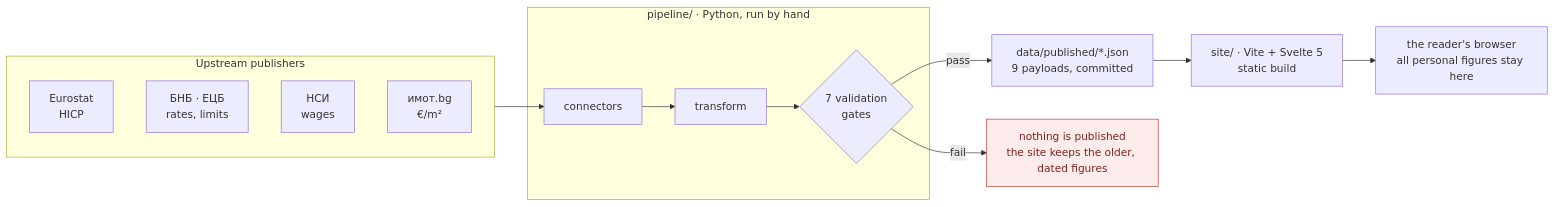
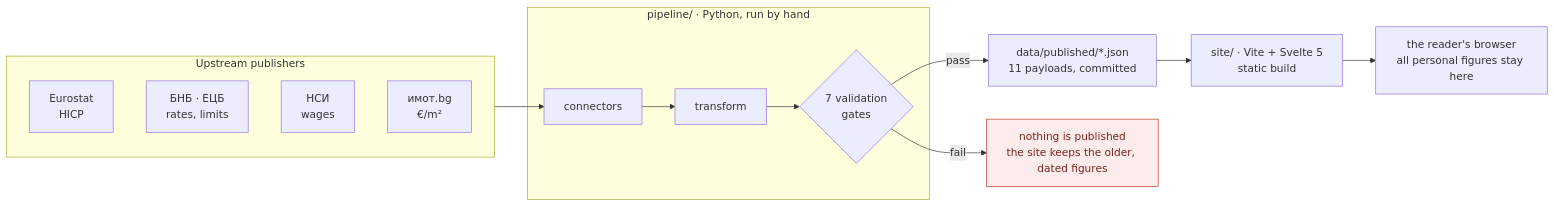
The diagram in README.md (vyarno-bg/vyarno), drawn with Mermaid before and after one commit. The commit also changed other lines of this file and 55 other files, not shown here.

````diff
--- a/README.md
+++ b/README.md
@@ -120,25 +128,25 @@
 ```mermaid
 flowchart LR
   subgraph up["Upstream publishers"]
     E["Eurostat<br/>HICP"]
     B["БНБ · ЕЦБ<br/>rates, limits"]
     N["НСИ<br/>wages"]
     I["имот.bg<br/>€/m²"]
   end
 
   subgraph pipe["pipeline/ · Python, run by hand"]
     C["connectors"] --> T["transform"] --> G{"7 validation<br/>gates"}
   end
 
-  J["data/published/*.json<br/>9 payloads, committed"]
+  J["data/published/*.json<br/>11 payloads, committed"]
   S["site/ · Vite + Svelte 5<br/>static build"]
   U["the reader's browser<br/>all personal figures stay here"]
 
   up --> C
   G -->|"pass"| J
   G -->|"fail"| X["nothing is published<br/>the site keeps the older, dated figures"]
   J --> S --> U
 
   classDef stop fill:#fdeceb,stroke:#c0392b,color:#7b241c;
   class X stop;
 ```
````
